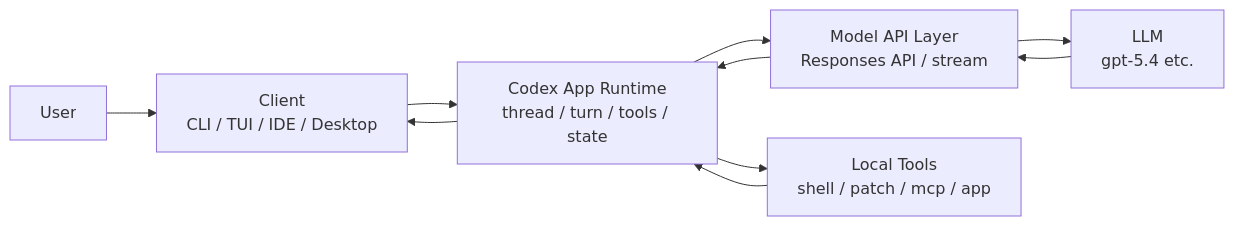
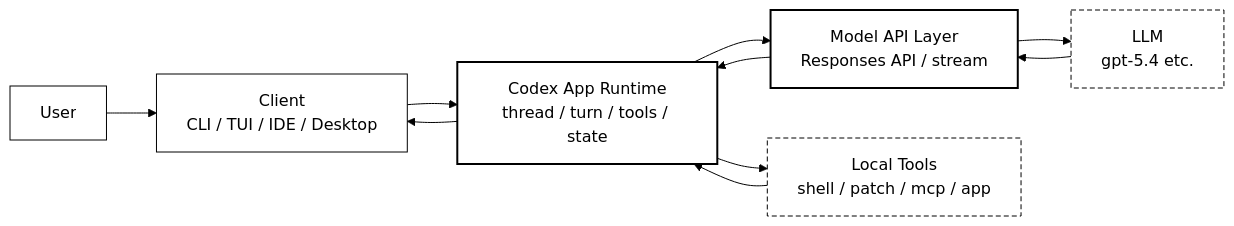
The first of 5 diagrams in agentic_workflow/codex_agentic_workflow/README.md (inputhacker/KnowledgeBase), drawn with Mermaid before and after one commit. The commit also changed other lines of this file and 1 other file, not shown here.

Commit message:
docs: improve mermaid contrast in Codex workflow docs

````diff
--- a/agentic_workflow/codex_agentic_workflow/README.md
+++ b/agentic_workflow/codex_agentic_workflow/README.md
@@ -21,19 +21,27 @@
 ```mermaid
+%%{init: {"theme":"base","themeVariables":{"primaryColor":"#ffffff","primaryTextColor":"#000000","primaryBorderColor":"#000000","lineColor":"#000000","secondaryColor":"#ffffff","tertiaryColor":"#ffffff","clusterBkg":"#ffffff","clusterBorder":"#000000","edgeLabelBackground":"#ffffff"}}}%%
 flowchart LR
     U[User]
     C[Client<br/>CLI / TUI / IDE / Desktop]
     A[Codex App Runtime<br/>thread / turn / tools / state]
     M[Model API Layer<br/>Responses API / stream]
     L[LLM<br/>gpt-5.4 etc.]
     T[Local Tools<br/>shell / patch / mcp / app]
 
     U --> C
     C --> A
     A --> M
     M --> L
     L --> M
     M --> A
     A --> T
     T --> A
     A --> C
+
+    classDef plain fill:#fff,stroke:#000,color:#000,stroke-width:1px;
+    classDef focus fill:#fff,stroke:#000,color:#000,stroke-width:2px;
+    classDef dashed fill:#fff,stroke:#000,color:#000,stroke-dasharray: 5 3;
+    class U,C plain;
+    class A,M focus;
+    class L,T dashed;
 ```
````
